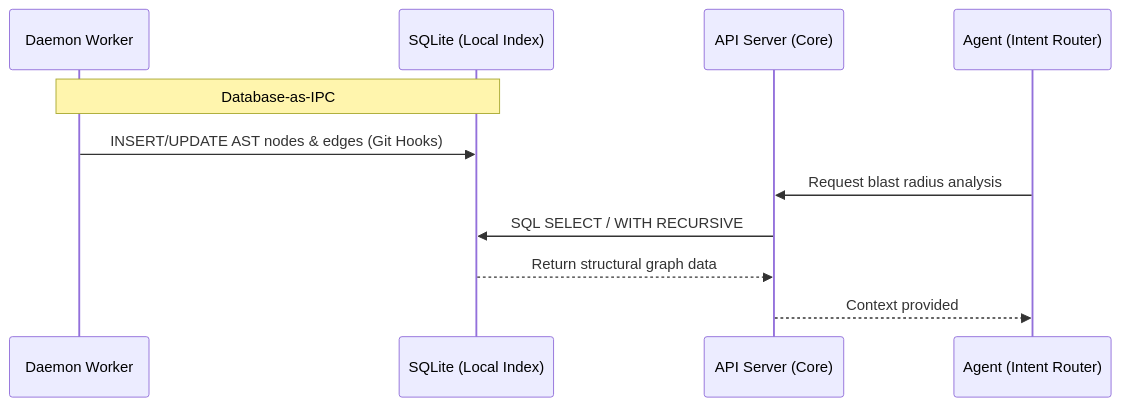
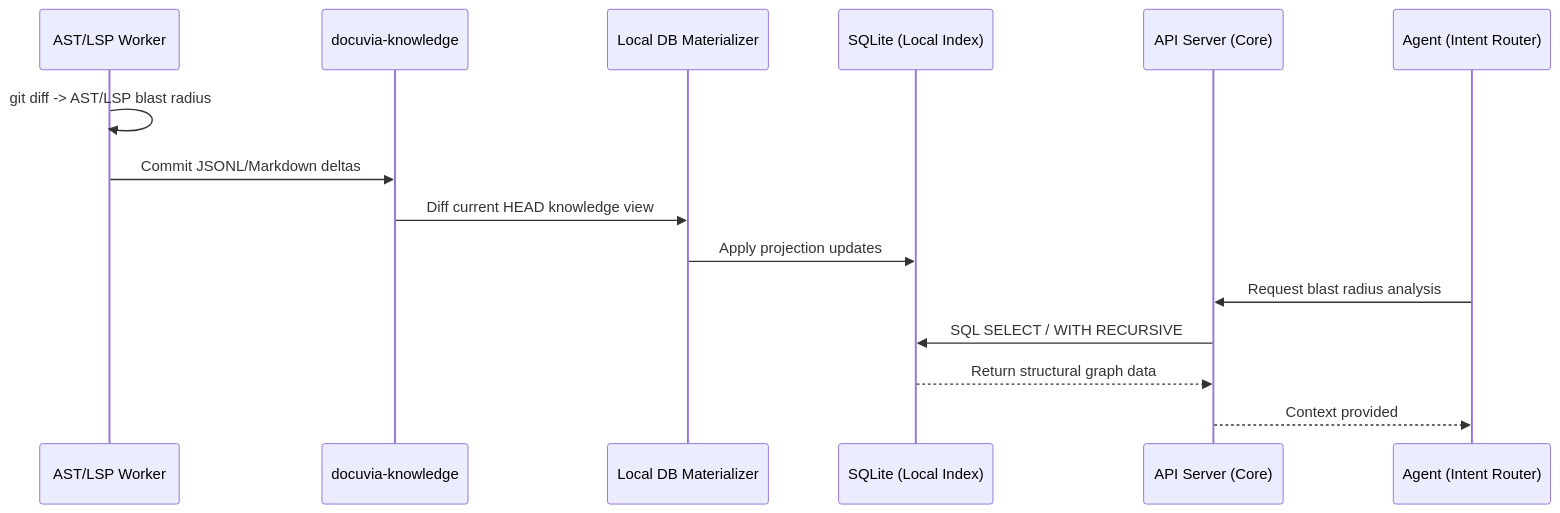
Before and after one commit to dyphn1/Docuvia: the diagram in docs/design/adrs/ADR-014-sql-indexed-graph-and-database-as-ipc.md, drawn with Mermaid. The commit also changed other lines of this file and 8 other files, not shown here.

````diff
--- a/docs/design/adrs/ADR-014-sql-indexed-graph-and-database-as-ipc.md
+++ b/docs/design/adrs/ADR-014-sql-indexed-graph-and-database-as-ipc.md
@@ -25,15 +26,19 @@
 ```mermaid
 sequenceDiagram
-    participant Worker as Daemon Worker
+    participant Worker as AST/LSP Worker
+    participant Branch as docuvia-knowledge
+    participant Projector as Local DB Materializer
     participant DB as SQLite (Local Index)
     participant Core as API Server (Core)
     participant Agent as Agent (Intent Router)
 
-    Note over Worker, DB: Database-as-IPC
-    Worker->>DB: INSERT/UPDATE AST nodes & edges (Git Hooks)
+    Worker->>Worker: git diff -> AST/LSP blast radius
+    Worker->>Branch: Commit JSONL/Markdown deltas
+    Branch->>Projector: Diff current HEAD knowledge view
+    Projector->>DB: Apply projection updates
 
     Agent->>Core: Request blast radius analysis
     Core->>DB: SQL SELECT / WITH RECURSIVE
     DB-->>Core: Return structural graph data
     Core-->>Agent: Context provided
 ```
````
